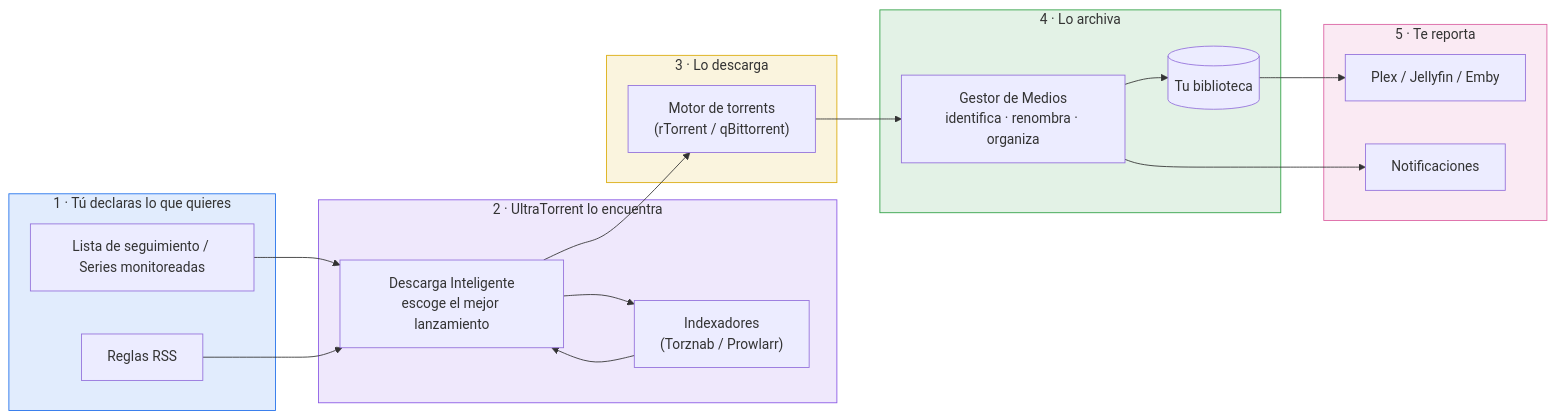
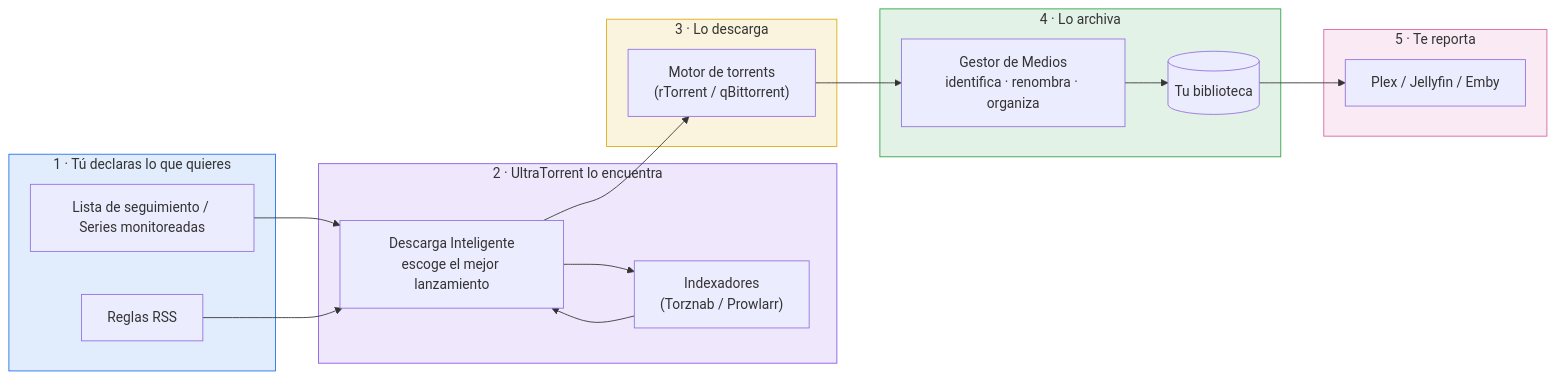
One commit to damirabal/ultratorrent-core changed the diagram in website/i18n/es-PR/docusaurus-plugin-content-docs/current/index.md. Above: the diagram before and after it, drawn with Mermaid. The commit also changed other lines of this file and 63 other files, not shown here.

````diff
--- a/website/i18n/es-PR/docusaurus-plugin-content-docs/current/index.md
+++ b/website/i18n/es-PR/docusaurus-plugin-content-docs/current/index.md
@@ -57,42 +57,40 @@
 ```mermaid
 flowchart LR
     subgraph Want["1 · Tú declaras lo que quieres"]
         WL["Lista de seguimiento / Series monitoreadas"]
         RSS["Reglas RSS"]
     end
 
     subgraph Find["2 · UltraTorrent lo encuentra"]
         IDX["Indexadores<br/>(Torznab / Prowlarr)"]
         SD["Descarga Inteligente<br/>escoge el mejor lanzamiento"]
     end
 
     subgraph Get["3 · Lo descarga"]
         ENG["Motor de torrents<br/>(rTorrent / qBittorrent)"]
     end
 
     subgraph Organise["4 · Lo archiva"]
         MM["Gestor de Medios<br/>identifica · renombra · organiza"]
         LIB[("Tu biblioteca")]
     end
 
     subgraph Tell["5 · Te reporta"]
         MS["Plex / Jellyfin / Emby"]
-        NC["Notificaciones"]
     end
 
     WL --> SD
     RSS --> SD
     SD --> IDX
     IDX --> SD
     SD --> ENG
     ENG --> MM
     MM --> LIB
     LIB --> MS
-    MM --> NC
 
     style Want fill:#1f6feb22,stroke:#1f6feb
     style Find fill:#8957e522,stroke:#8957e5
     style Get fill:#dbab0a22,stroke:#dbab0a
     style Organise fill:#2ea04322,stroke:#2ea043
     style Tell fill:#db61a222,stroke:#db61a2
 ```
````
